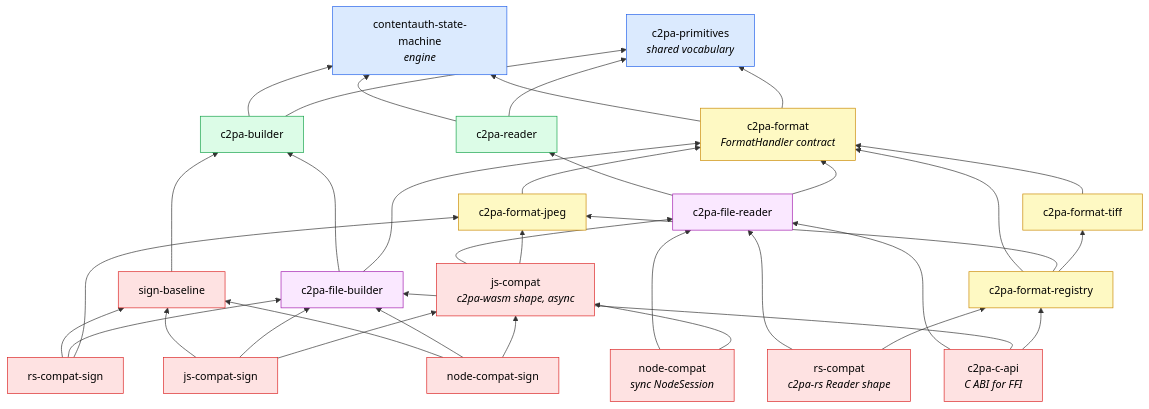
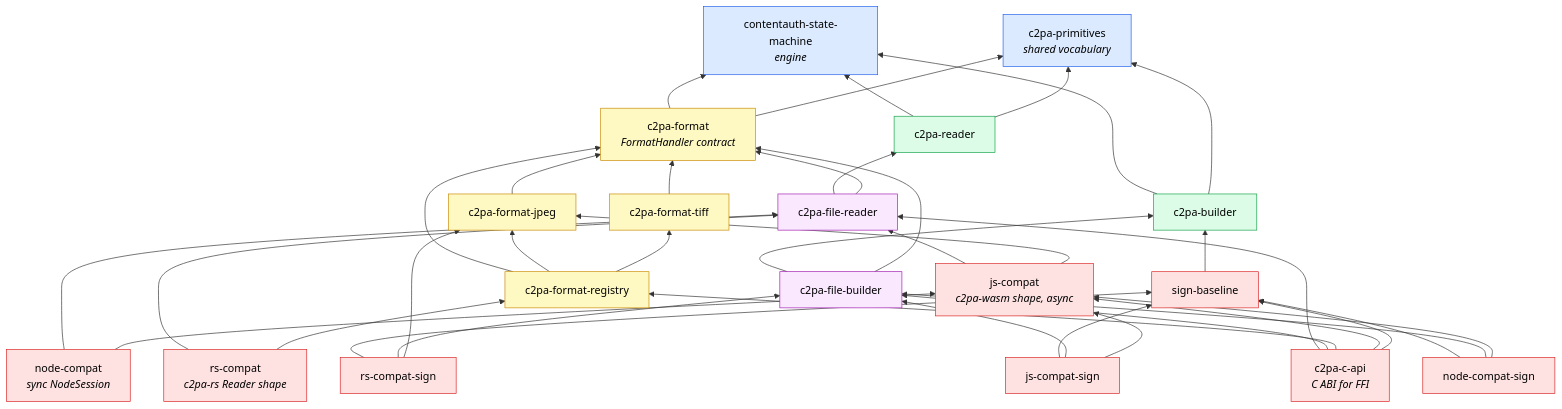
The first of 2 diagrams in docs/walkthrough/02-architecture.md (scouten/state-machine-experiment), drawn with Mermaid before and after one commit. The commit also changed other lines of this file and 12 other files, not shown here.

````diff
--- a/docs/walkthrough/02-architecture.md
+++ b/docs/walkthrough/02-architecture.md
@@ -11,54 +11,54 @@
 ```mermaid
 flowchart BT
     SM["contentauth-state-machine<br/><i>engine</i>"]
     PR["c2pa-primitives<br/><i>shared vocabulary</i>"]
 
     RD["c2pa-reader"]
     BD["c2pa-builder"]
     FM["c2pa-format<br/><i>FormatHandler contract</i>"]
 
     JP["c2pa-format-jpeg"]
     TF["c2pa-format-tiff"]
     RG["c2pa-format-registry"]
 
     FR["c2pa-file-reader"]
     FB["c2pa-file-builder"]
 
     RSC["rs-compat<br/><i>c2pa-rs Reader shape</i>"]
     JSC["js-compat<br/><i>c2pa-wasm shape, async</i>"]
     NDC["node-compat<br/><i>sync NodeSession</i>"]
 
     SB["sign-baseline"]
     RSS["rs-compat-sign"]
     JSS["js-compat-sign"]
     NDS["node-compat-sign"]
     CAPI["c2pa-c-api<br/><i>C ABI for FFI</i>"]
 
     RD --> SM & PR
     BD --> SM & PR
     FM --> SM & PR
     JP --> FM
     TF --> FM
     RG --> FM & JP & TF
     FR --> RD & FM
     FB --> BD & FM
     RSC --> FR & RG
     JSC --> FR & JP
     NDC --> FR & JSC
     SB --> BD
     RSS --> SB & FB & JP
     JSS --> SB & FB & JSC
     NDS --> SB & FB & JSC
-    CAPI --> FR & FB & RG
+    CAPI --> FR & FB & RG & JSC & SB
 
     classDef engine fill:#dbeafe,stroke:#2563eb,color:#000
     classDef core fill:#dcfce7,stroke:#16a34a,color:#000
     classDef fmt fill:#fef9c3,stroke:#ca8a04,color:#000
     classDef glue fill:#fae8ff,stroke:#a21caf,color:#000
     classDef bind fill:#fee2e2,stroke:#dc2626,color:#000
     class SM,PR engine
     class RD,BD core
     class FM,JP,TF,RG fmt
     class FR,FB glue
     class RSC,JSC,NDC,SB,RSS,JSS,NDS,CAPI bind
 ```
````
